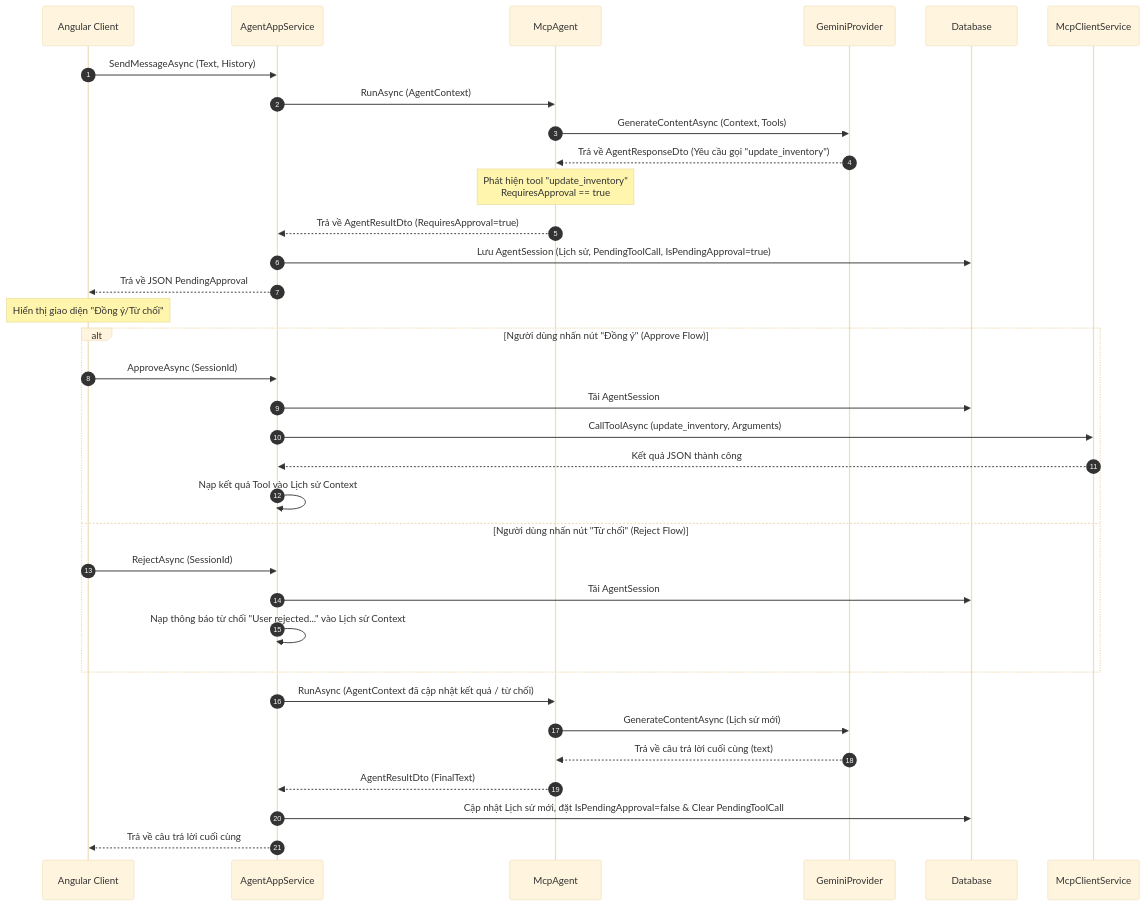
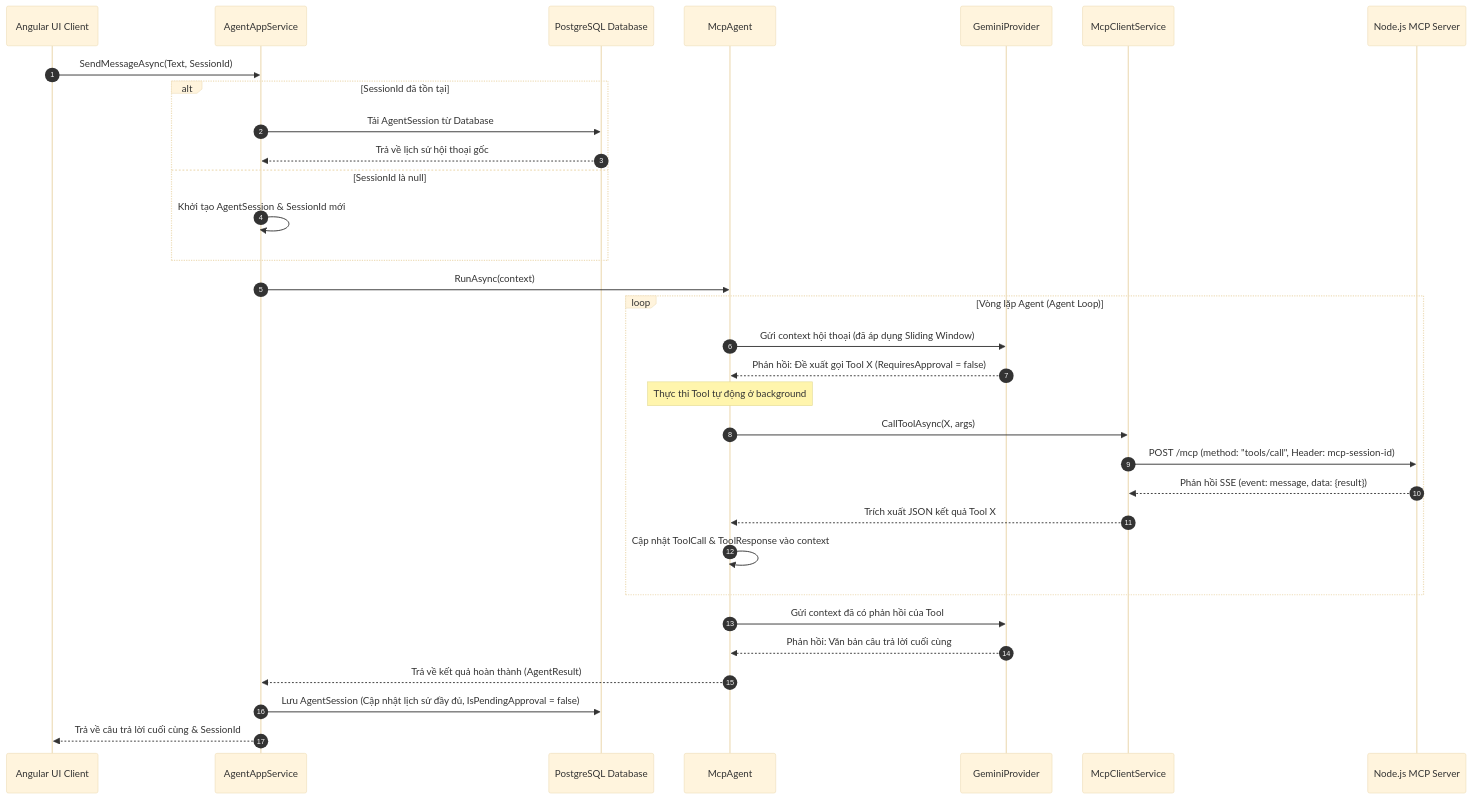
The fourth of 6 diagrams in docs/superpowers/specs/2026-06-04-mcp-client-redesign.md (hphucdev-04/SupplyCoreERP), drawn with Mermaid (base theme) before and after one commit. The commit also changed other lines of this file and 44 other files, not shown here.

Commit message:
refactor(mcp.server): use Streamable HTTP Transport

````diff
--- a/docs/superpowers/specs/2026-06-04-mcp-client-redesign.md
+++ b/docs/superpowers/specs/2026-06-04-mcp-client-redesign.md
@@ -210,37 +137,41 @@
 ```mermaid
 sequenceDiagram
     autonumber
-    Angular Client->>AgentAppService: SendMessageAsync (Text, History)
-    AgentAppService->>McpAgent: RunAsync (AgentContext)
-    
-    McpAgent->>GeminiProvider: GenerateContentAsync (Context, Tools)
-    GeminiProvider-->>McpAgent: Trả về AgentResponseDto (Yêu cầu gọi "update_inventory")
-    
-    Note over McpAgent: Phát hiện tool "update_inventory" <br> RequiresApproval == true
-    
-    McpAgent-->>AgentAppService: Trả về AgentResultDto (RequiresApproval=true)
-    AgentAppService->>Database: Lưu AgentSession (Lịch sử, PendingToolCall, IsPendingApproval=true)
-    AgentAppService-->>Angular Client: Trả về JSON PendingApproval
-    Note over Angular Client: Hiển thị giao diện "Đồng ý/Từ chối"
+    participant UI as Angular UI Client
+    participant AppSrv as AgentAppService
+    participant DB as PostgreSQL Database
+    participant Agent as McpAgent
+    participant LLM as GeminiProvider
+    participant Client as McpClientService
+    participant Server as Node.js MCP Server
 
-    alt Người dùng nhấn nút "Đồng ý" (Approve Flow)
-        Angular Client->>AgentAppService: ApproveAsync (SessionId)
-        AgentAppService->>Database: Tải AgentSession
-        AgentAppService->>McpClientService: CallToolAsync (update_inventory, Arguments)
-        McpClientService-->>AgentAppService: Kết quả JSON thành công
-        AgentAppService->>AgentAppService: Nạp kết quả Tool vào Lịch sử Context
-        
-    else Người dùng nhấn nút "Từ chối" (Reject Flow)
-        Angular Client->>AgentAppService: RejectAsync (SessionId)
-        AgentAppService->>Database: Tải AgentSession
-        AgentAppService->>AgentAppService: Nạp thông báo từ chối "User rejected..." vào Lịch sử Context
+    UI->>AppSrv: SendMessageAsync(Text, SessionId)
+    alt SessionId đã tồn tại
+        AppSrv->>DB: Tải AgentSession từ Database
+        DB-->>AppSrv: Trả về lịch sử hội thoại gốc
+    else SessionId là null
+        AppSrv->>AppSrv: Khởi tạo AgentSession & SessionId mới
     end
 
-    AgentAppService->>McpAgent: RunAsync (AgentContext đã cập nhật kết quả / từ chối)
-    McpAgent->>GeminiProvider: GenerateContentAsync (Lịch sử mới)
-    GeminiProvider-->>McpAgent: Trả về câu trả lời cuối cùng (text)
-    McpAgent-->>AgentAppService: AgentResultDto (FinalText)
-    
-    AgentAppService->>Database: Cập nhật Lịch sử mới, đặt IsPendingApproval=false & Clear PendingToolCall
-    AgentAppService-->>Angular Client: Trả về câu trả lời cuối cùng
+    AppSrv->>Agent: RunAsync(context)
+
+    loop Vòng lặp Agent (Agent Loop)
+        Agent->>LLM: Gửi context hội thoại (đã áp dụng Sliding Window)
+        LLM-->>Agent: Phản hồi: Đề xuất gọi Tool X (RequiresApproval = false)
+        
+        Note over Agent: Thực thi Tool tự động ở background
+        Agent->>Client: CallToolAsync(X, args)
+        Client->>Server: POST /mcp (method: "tools/call", Header: mcp-session-id)
+        Server-->>Client: Phản hồi SSE (event: message, data: {result})
+        Client-->>Agent: Trích xuất JSON kết quả Tool X
+        
+        Agent->>Agent: Cập nhật ToolCall & ToolResponse vào context
+    end
+
+    Agent->>LLM: Gửi context đã có phản hồi của Tool
+    LLM-->>Agent: Phản hồi: Văn bản câu trả lời cuối cùng
+    Agent-->>AppSrv: Trả về kết quả hoàn thành (AgentResult)
+
+    AppSrv->>DB: Lưu AgentSession (Cập nhật lịch sử đầy đủ, IsPendingApproval = false)
+    AppSrv-->>UI: Trả về câu trả lời cuối cùng & SessionId
 ```
````
